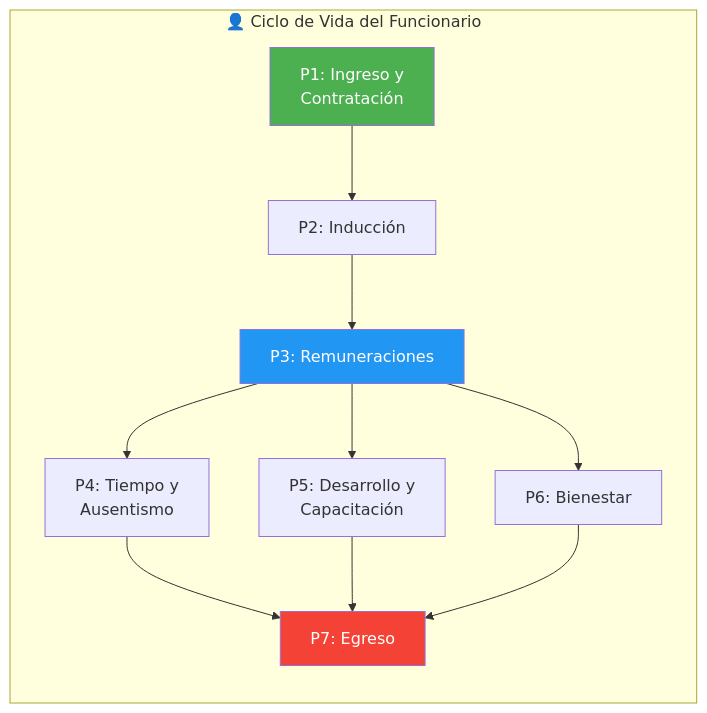
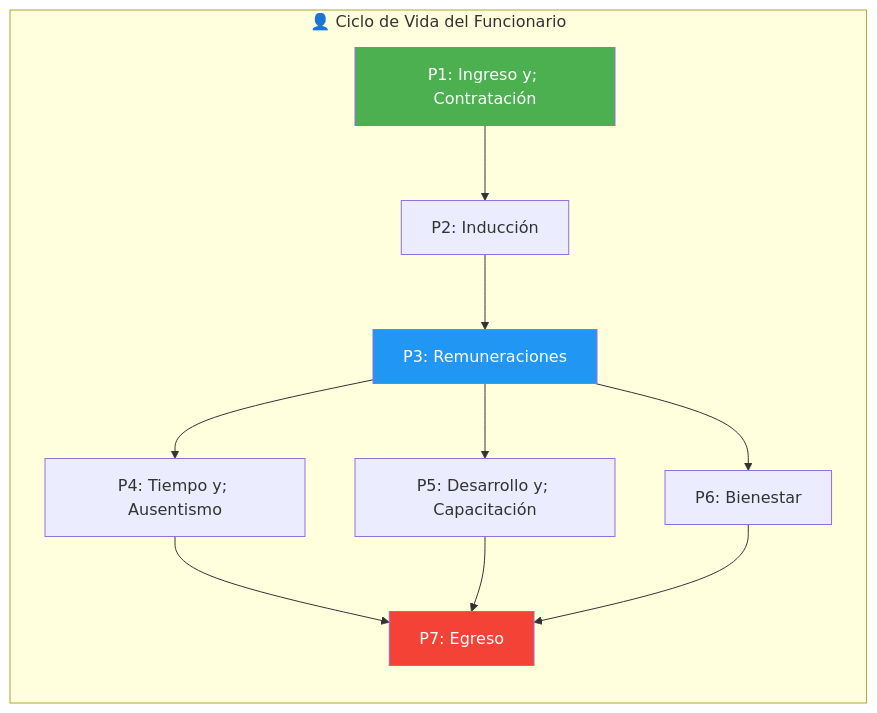
One commit to felix-antonio-sl/kora changed the first of 9 diagrams in drafts/gn/bpmn/bpmn-d07-rrhh.md. Above: the diagram before and after it, drawn with Mermaid. The commit also changed other lines of this file and 265 other files, not shown here.

````diff
--- a/drafts/gn/bpmn/bpmn-d07-rrhh.md
+++ b/drafts/gn/bpmn/bpmn-d07-rrhh.md
@@ -72,20 +65,22 @@
 ```mermaid
 flowchart LR
-    subgraph CICLO_VIDA["👤 Ciclo de Vida del Funcionario"]
-        P1["P1: Ingreso y<br/>Contratación"]
-        P2["P2: Inducción"]
-        P3["P3: Remuneraciones"]
-        P4["P4: Tiempo y<br/>Ausentismo"]
-        P5["P5: Desarrollo y<br/>Capacitación"]
-        P6["P6: Bienestar"]
-        P7["P7: Egreso"]
-    end
-    P1 --> P2 --> P3
-    P3 --> P4
-    P3 --> P5
-    P3 --> P6
-    P4 & P5 & P6 --> P7
-    style P1 fill:#4CAF50,color:#fff
-    style P3 fill:#2196F3,color:#fff
-    style P7 fill:#f44336,color:#fff
+ subgraph CICLO_VIDA["👤 Ciclo de Vida del Funcionario"]
+ P1["P1: Ingreso y; Contratación"]
+ P2["P2: Inducción"]
+ P3["P3: Remuneraciones"]
+ P4["P4: Tiempo y; Ausentismo"]
+ P5["P5: Desarrollo y; Capacitación"]
+ P6["P6: Bienestar"]
+ P7["P7: Egreso"]
+ end
+
+ P1 --> P2 --> P3
+ P3 --> P4
+ P3 --> P5
+ P3 --> P6
+ P4 & P5 & P6 --> P7
+
+ style P1 fill:#4CAF50,color:#fff
+ style P3 fill:#2196F3,color:#fff
+ style P7 fill:#f44336,color:#fff
 ```
````
